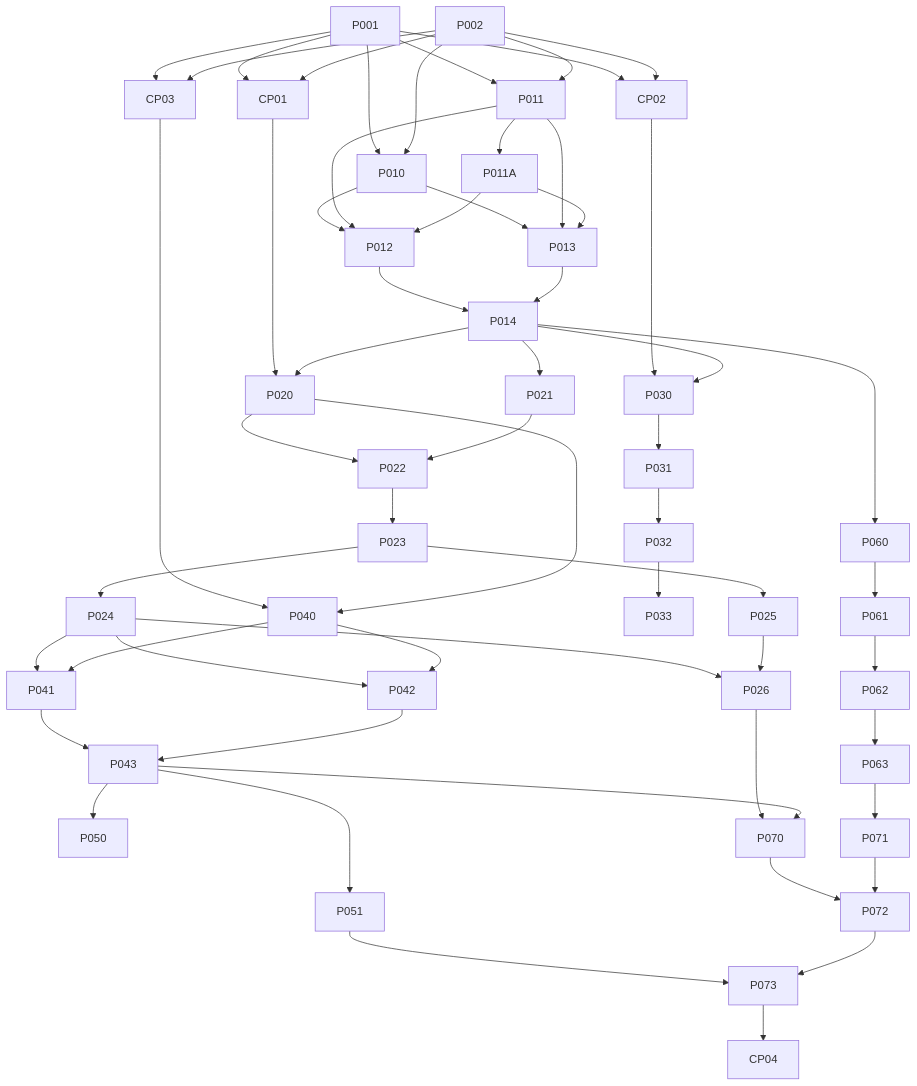
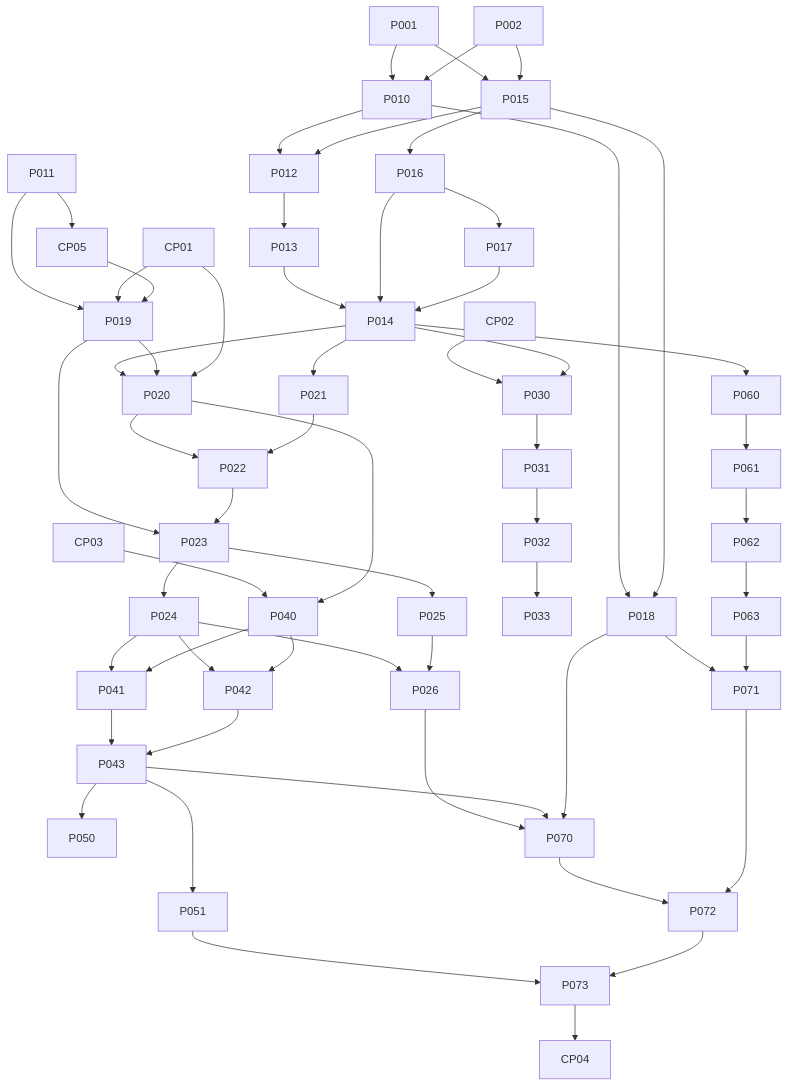
One commit to rafaelbarbosas/pedagogia.ia changed the diagram in docs/project/BACKLOG.md. Above: the diagram before and after it, drawn with Mermaid. The commit also changed other lines of this file and 20 other files, not shown here.

````diff
--- a/docs/project/BACKLOG.md
+++ b/docs/project/BACKLOG.md
@@ -64,59 +74,62 @@
 ```mermaid
 flowchart TD
-  P001 --> CP01
-  P002 --> CP01
-  P001 --> CP02
-  P002 --> CP02
-  P001 --> CP03
-  P002 --> CP03
   P001 --> P010
   P002 --> P010
-  P001 --> P011
-  P002 --> P011
-  P011 --> P011A
+  P001 --> P015
+  P002 --> P015
   P010 --> P012
-  P011 --> P012
-  P011A --> P012
-  P010 --> P013
-  P011 --> P013
-  P011A --> P013
-  P012 --> P014
+  P015 --> P012
+  P015 --> P016
+  P012 --> P013
+  P016 --> P017
   P013 --> P014
+  P016 --> P014
+  P017 --> P014
+  P010 --> P018
+  P015 --> P018
+  P011 --> CP05
+  P011 --> P019
+  CP01 --> P019
+  CP05 --> P019
+  P014 --> P020
+  P019 --> P020
+  P014 --> P021
   CP01 --> P020
-  P014 --> P020
-  P014 --> P021
   P020 --> P022
   P021 --> P022
+  P019 --> P023
   P022 --> P023
   P023 --> P024
   P023 --> P025
   P024 --> P026
   P025 --> P026
   CP02 --> P030
   P014 --> P030
   P030 --> P031
   P031 --> P032
   P032 --> P033
   CP03 --> P040
   P020 --> P040
   P024 --> P041
   P040 --> P041
   P024 --> P042
   P040 --> P042
   P041 --> P043
   P042 --> P043
   P014 --> P060
   P060 --> P061
   P061 --> P062
   P062 --> P063
   P043 --> P050
   P043 --> P051
   P026 --> P070
   P043 --> P070
+  P018 --> P070
+  P018 --> P071
   P063 --> P071
   P070 --> P072
   P071 --> P072
   P051 --> P073
   P072 --> P073
   P073 --> CP04
 ```
````
